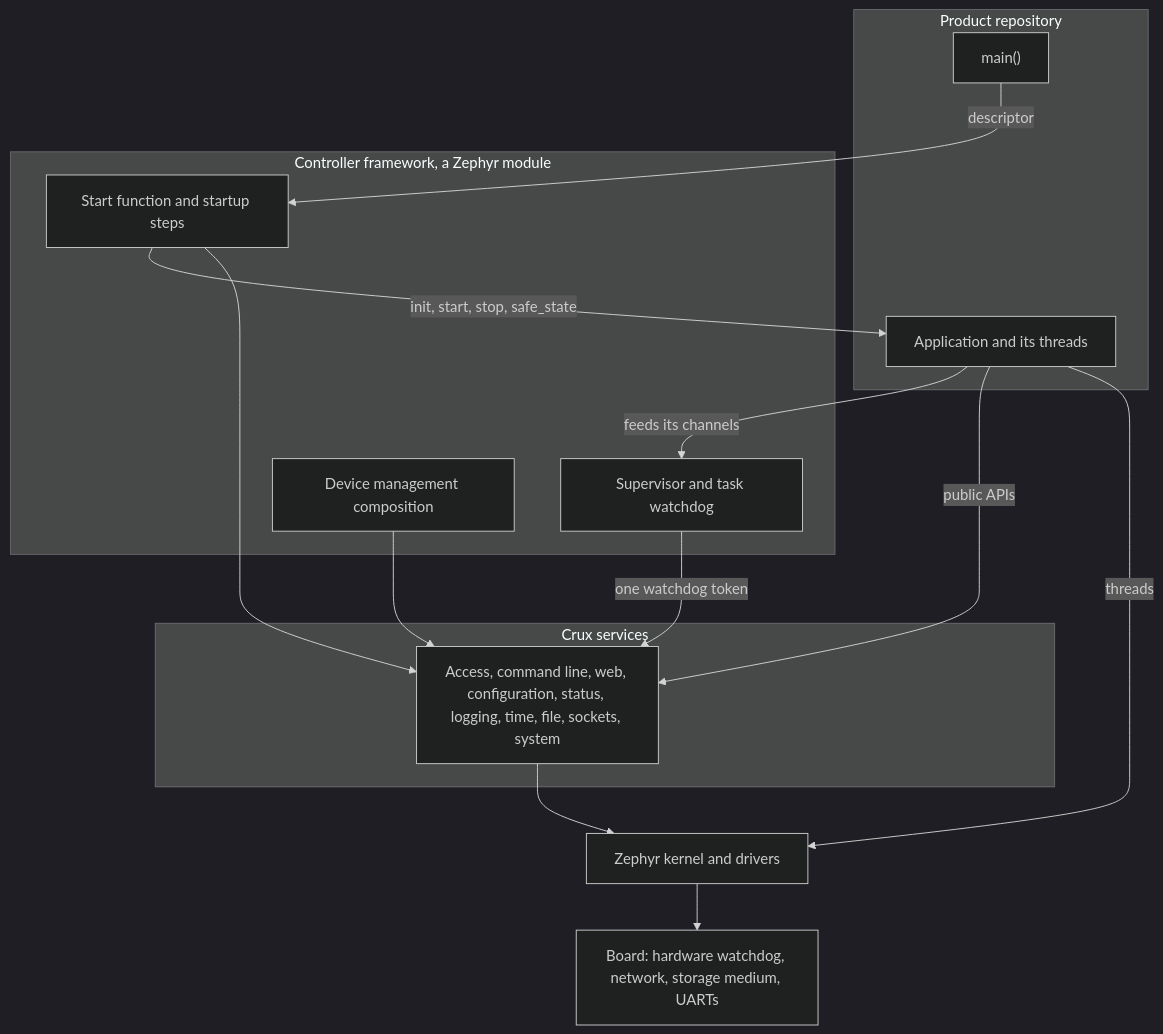
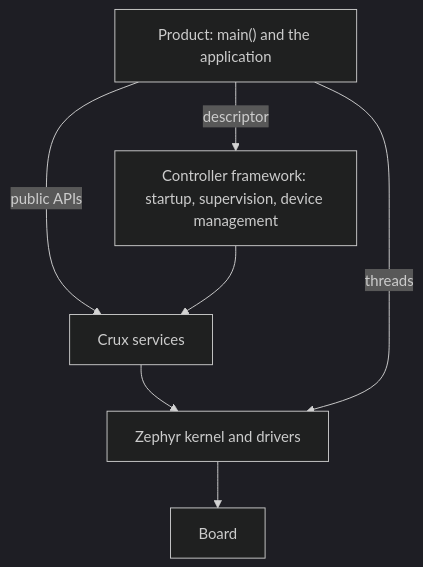
One commit to wonny-labs/crux-controller changed the first of 3 diagrams in docs/design/controller-framework.md. Above: the diagram before and after it, drawn with Mermaid (dark theme). The commit also changed other lines of this file and 2 other files, not shown here.

First line of the commit message:
docs: revise the controller framework design pages

````diff
--- a/docs/design/controller-framework.md
+++ b/docs/design/controller-framework.md
@@ -14,27 +16,14 @@
 ```mermaid
 flowchart TB
-    subgraph product["Product repository"]
-        pmain["main()"]
-        app["Application and its threads"]
-    end
-    subgraph framework["Controller framework, a Zephyr module"]
-        start["Start function and startup steps"]
-        sup["Supervisor and task watchdog"]
-        mgmt["Device management composition"]
-    end
-    subgraph crux["Crux services"]
-        csvc["Access, command line, web, configuration, status, logging, time, file, sockets, system"]
-    end
+    app["Product: main() and the application"]
+    framework["Controller framework: startup, supervision, device management"]
+    crux["Crux services"]
     zephyr["Zephyr kernel and drivers"]
-    board["Board: hardware watchdog, network, storage medium, UARTs"]
-    pmain -->|descriptor| start
-    start -->|init, start, stop, safe_state| app
-    app -->|feeds its channels| sup
-    app -->|public APIs| csvc
-    start --> csvc
-    mgmt --> csvc
-    sup -->|one watchdog token| csvc
-    csvc --> zephyr
+    board["Board"]
+    app -->|descriptor| framework
+    app -->|public APIs| crux
+    framework --> crux
+    crux --> zephyr
     app -->|threads| zephyr
     zephyr --> board
 ```
````
